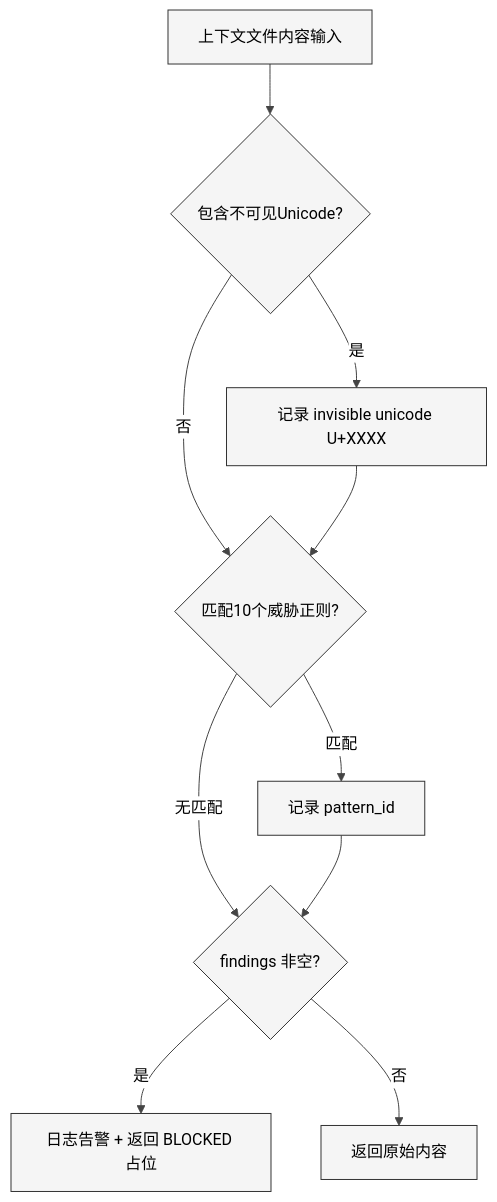
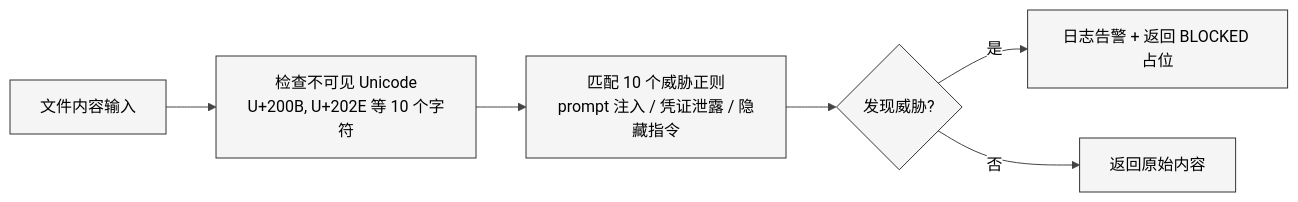
The second of 2 diagrams in Part I 原理与使用/06-SystemPrompt组装.md (xiaonancs/hermes-agent-study), drawn with Mermaid before and after one commit. The commit also changed other lines of this file and 32 other files, not shown here.

First line of the commit message:
Mermaid 图表修复：白色背景板 + 长宽比优化

````diff
--- a/Part I 原理与使用/06-SystemPrompt组装.md
+++ b/Part I 原理与使用/06-SystemPrompt组装.md
@@ -77,13 +77,9 @@
 ```mermaid
 %%{init: {'theme': 'neutral', 'themeVariables': {'background': '#ffffff', 'primaryColor': '#f5f5f5', 'primaryTextColor': '#000000', 'primaryBorderColor': '#333333', 'lineColor': '#444444', 'textColor': '#000000', 'mainBkg': '#f5f5f5', 'nodeBorder': '#333333', 'clusterBkg': '#fafafa', 'clusterBorder': '#888888', 'edgeLabelBackground': '#ffffff'}}}%%
-flowchart TD
-    INPUT["上下文文件内容输入"] --> INVIS{"包含不可见Unicode?"}
-    INVIS -->|"是"| FIND["记录 invisible unicode U+XXXX"]
-    INVIS -->|"否"| REGEX
-    FIND --> REGEX{"匹配10个威胁正则?"}
-    REGEX -->|"匹配"| FIND2["记录 pattern_id"]
-    REGEX -->|"无匹配"| CHECK
-    FIND2 --> CHECK{"findings 非空?"}
+flowchart LR
+    INPUT["文件内容输入"] --> INVIS["检查不可见 Unicode<br/>U+200B, U+202E 等 10 个字符"]
+    INVIS --> REGEX["匹配 10 个威胁正则<br/>prompt 注入 / 凭证泄露 / 隐藏指令"]
+    REGEX --> CHECK{"发现威胁?"}
     CHECK -->|"是"| BLOCK["日志告警 + 返回 BLOCKED 占位"]
     CHECK -->|"否"| PASS["返回原始内容"]
 ```
````
